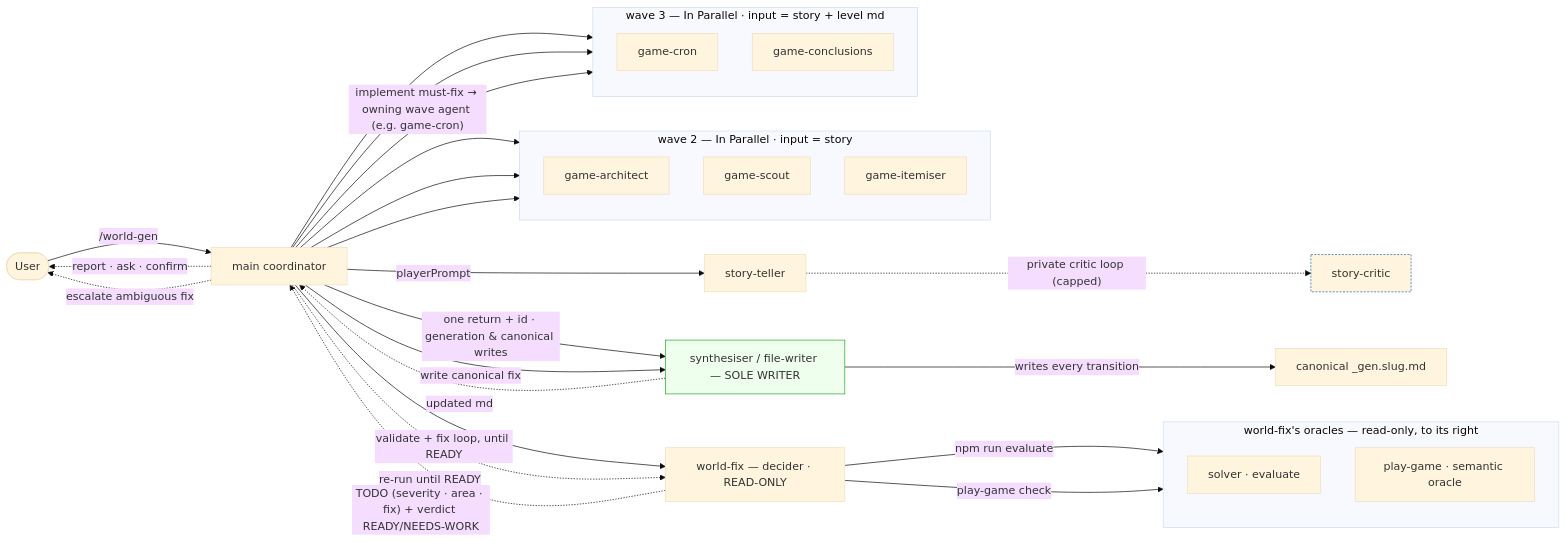
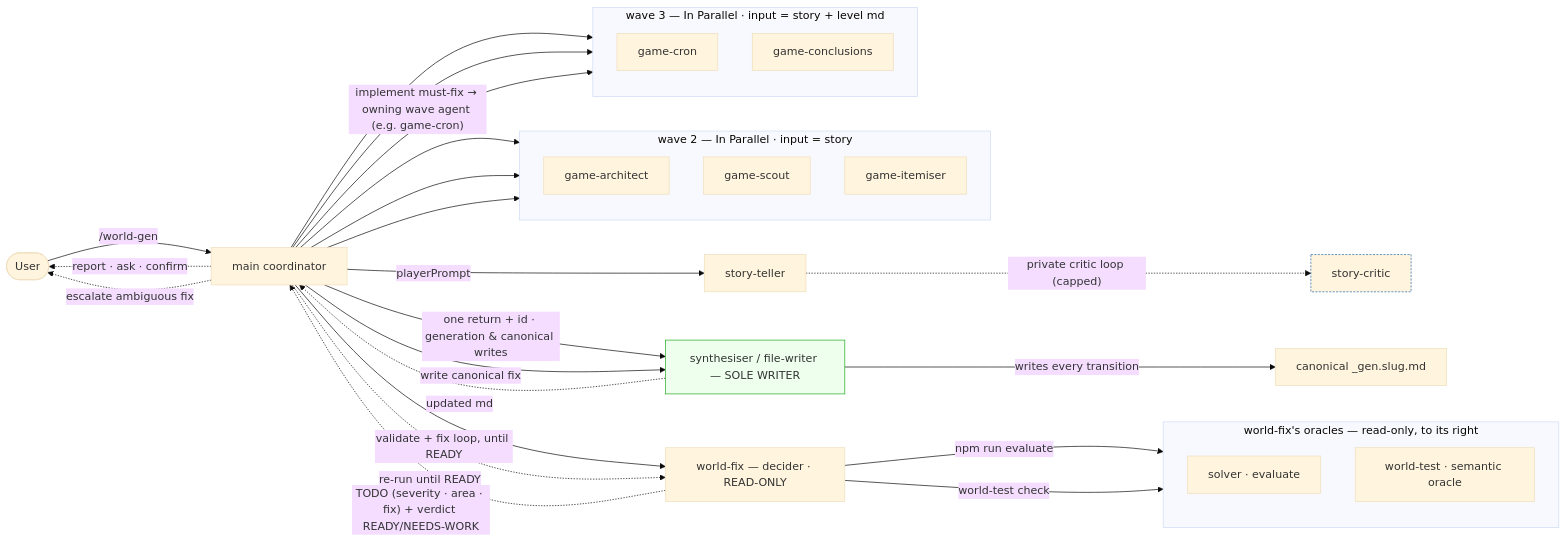
The second of 4 diagrams in docs/design/world-gen-agentic-hld.md (DecentAppsNet/castle-mystery), drawn with Mermaid (base theme) before and after one commit. The commit also changed other lines of this file and 9 other files, not shown here.

First line of the commit message:
Rename play-game skill to world-test

````diff
--- a/docs/design/world-gen-agentic-hld.md
+++ b/docs/design/world-gen-agentic-hld.md
@@ -175,45 +175,45 @@
 ```mermaid
 flowchart LR
     U([User]) -->|"/world-gen"| WG["main coordinator"]
     WG -.->|"report · ask · confirm"| U
 
     WG -->|"playerPrompt"| ST["story-teller"]
     ST -.->|"private critic loop (capped)"| SK["story-critic"]:::child
 
     subgraph wave2["wave 2 — In Parallel · input = story"]
         direction TB
         AR["game-architect"]
         SC["game-scout"]
         IT["game-itemiser"]
     end
     subgraph wave3["wave 3 — In Parallel · input = story + level md"]
         direction TB
         CR["game-cron"]
         CN["game-conclusions"]
     end
 
     WG --> AR & SC & IT
     WG --> CR & CN
     WG -->|"one return + id · generation & canonical writes"| SY["synthesiser / file-writer — SOLE WRITER"]:::writer
     SY -->|"writes every transition"| FILE["canonical _gen.slug.md"]
     SY -.->|"updated md"| WG
 
     WG -->|"validate + fix loop, until READY"| WF["world-fix — decider · READ-ONLY"]
 
     subgraph wffan["world-fix's oracles — read-only, to its right"]
         direction TB
         EV["solver · evaluate"]
-        PG["play-game · semantic oracle"]
+        PG["world-test · semantic oracle"]
     end
 
     WF -->|"npm run evaluate"| EV
-    WF -->|"play-game check"| PG
+    WF -->|"world-test check"| PG
     WF -.->|"TODO (severity · area · fix) + verdict READY/NEEDS-WORK"| WG
     WG -->|"implement must-fix → owning wave agent (e.g. game-cron)"| CR
     WG -->|"write canonical fix"| SY
     WG -.->|"re-run until READY"| WF
     WG -.->|"escalate ambiguous fix"| U
 
     classDef writer fill:#efe,stroke:#2a2;
     classDef child stroke-dasharray:3 2,stroke:#2266aa;
 ```
````
